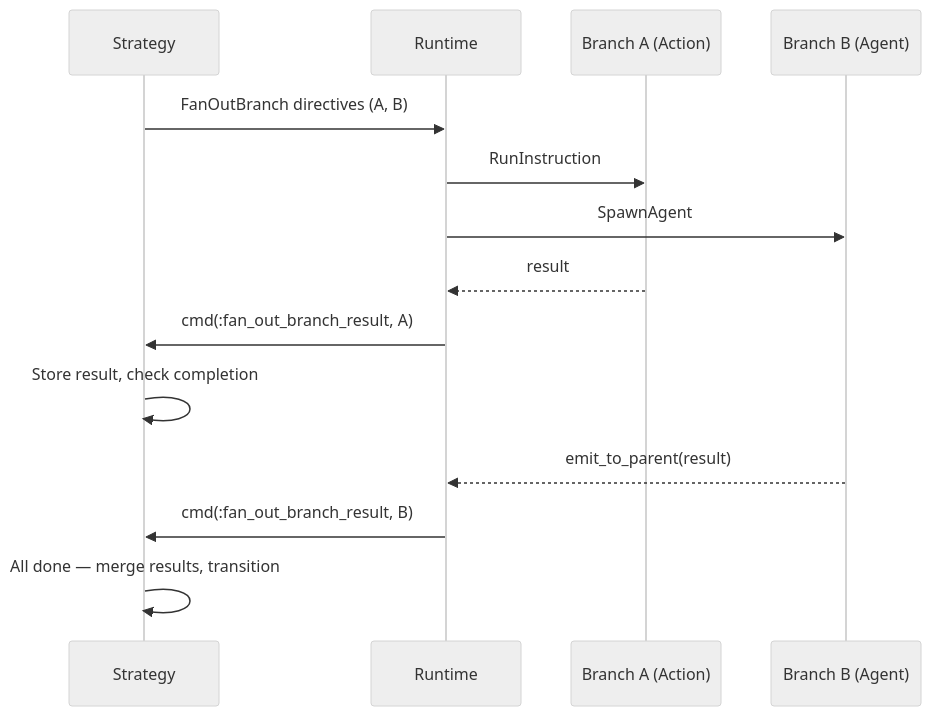
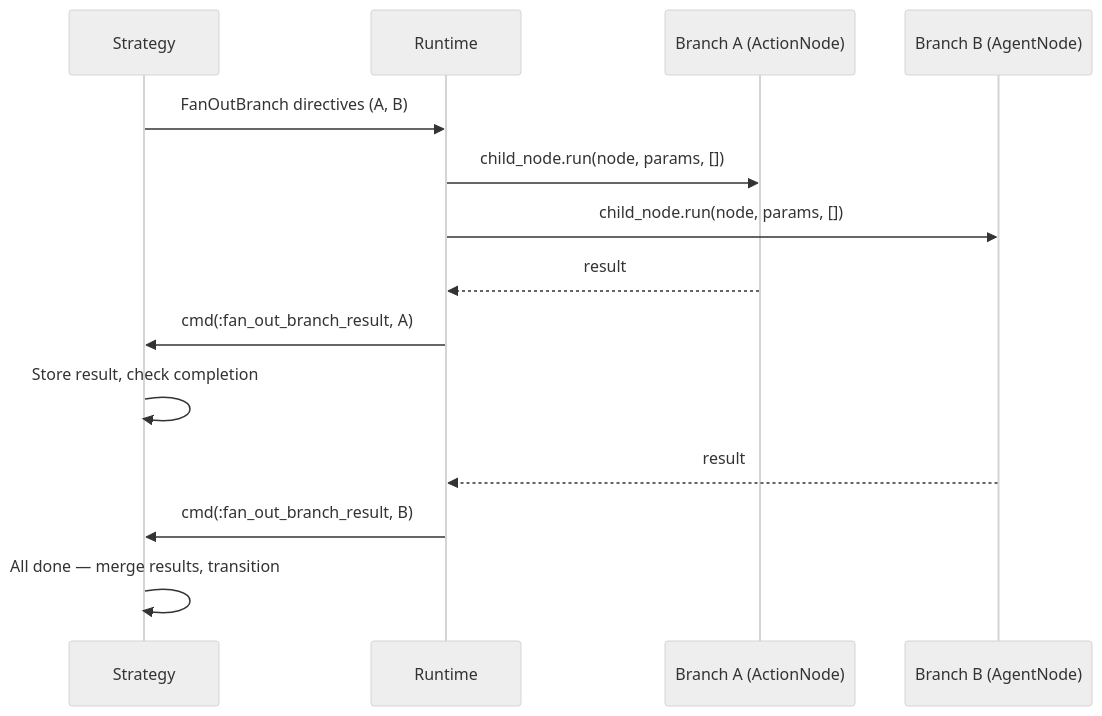
One commit to lostbean/jido_composer changed the fourth of 4 diagrams in docs/design/workflow/strategy.md. Above: the diagram before and after it, drawn with Mermaid (neutral theme). The commit also changed other lines of this file and 31 other files, not shown here.

First line of the commit message:
feat: unify FanOutBranch dispatch via child_node + params

````diff
--- a/docs/design/workflow/strategy.md
+++ b/docs/design/workflow/strategy.md
@@ -150,17 +155,17 @@
 ```mermaid
 sequenceDiagram
     participant Strategy
     participant Runtime
-    participant BranchA as Branch A (Action)
-    participant BranchB as Branch B (Agent)
+    participant BranchA as Branch A (ActionNode)
+    participant BranchB as Branch B (AgentNode)
 
     Strategy->>Runtime: FanOutBranch directives (A, B)
-    Runtime->>BranchA: RunInstruction
-    Runtime->>BranchB: SpawnAgent
+    Runtime->>BranchA: child_node.run(node, params, [])
+    Runtime->>BranchB: child_node.run(node, params, [])
     BranchA-->>Runtime: result
     Runtime->>Strategy: cmd(:fan_out_branch_result, A)
     Strategy->>Strategy: Store result, check completion
-    BranchB-->>Runtime: emit_to_parent(result)
+    BranchB-->>Runtime: result
     Runtime->>Strategy: cmd(:fan_out_branch_result, B)
     Strategy->>Strategy: All done — merge results, transition
 ```
````
